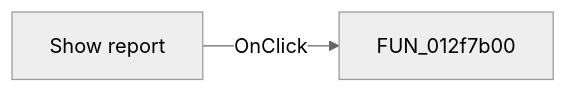
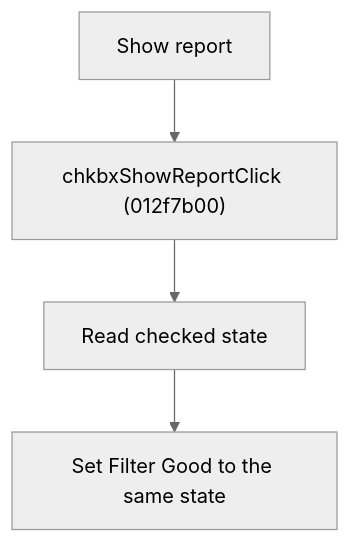
Before and after one commit to MovGP0/TIARA: the diagram in docs/ui-controls/frmmodeltestbencheditor/chkbxshowreport-65163123bd.md, drawn with Mermaid (neutral theme). The commit also changed other lines of this file and 387 other files, not shown here.

````diff
--- a/docs/ui-controls/frmmodeltestbencheditor/chkbxshowreport-65163123bd.md
+++ b/docs/ui-controls/frmmodeltestbencheditor/chkbxshowreport-65163123bd.md
@@ -27,4 +28,6 @@
 ```mermaid
-flowchart LR
-    control["Show report"] -->|OnClick| handler["FUN_012f7b00"]
+flowchart TD
+    control["Show report"] --> handler["chkbxShowReportClick (012f7b00)"]
+    handler --> state["Read checked state"]
+    state --> filter["Set Filter Good to the same state"]
 ```
````
